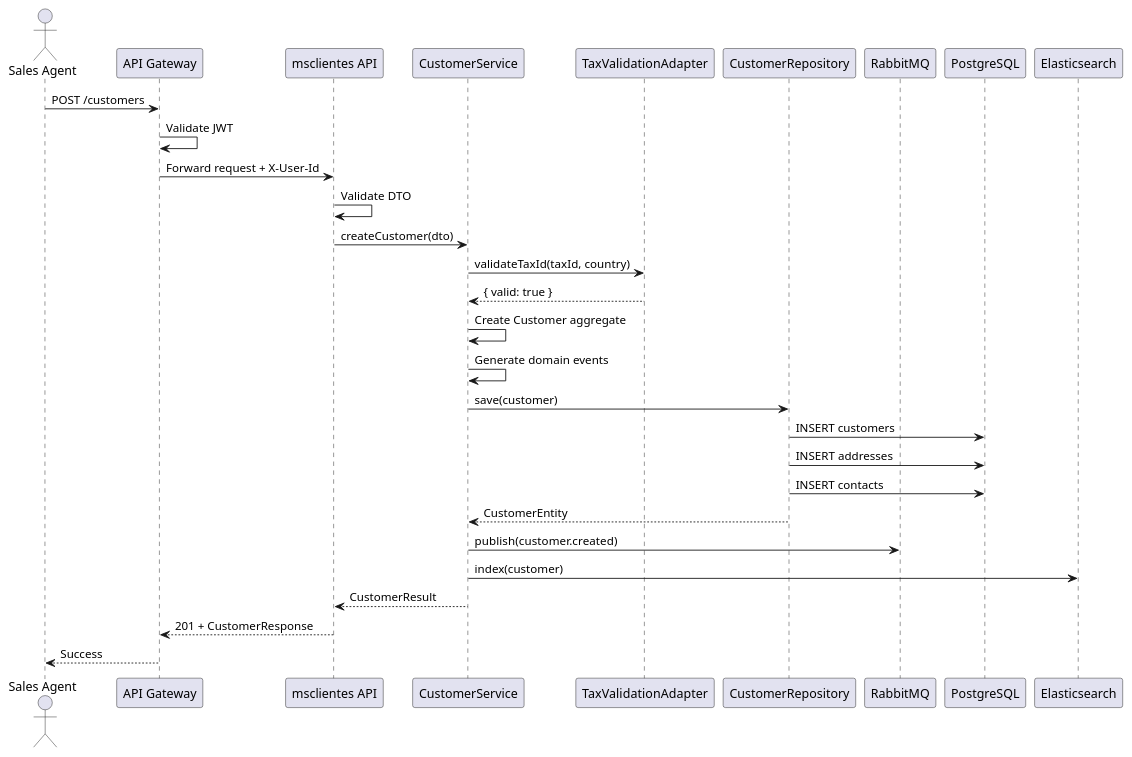
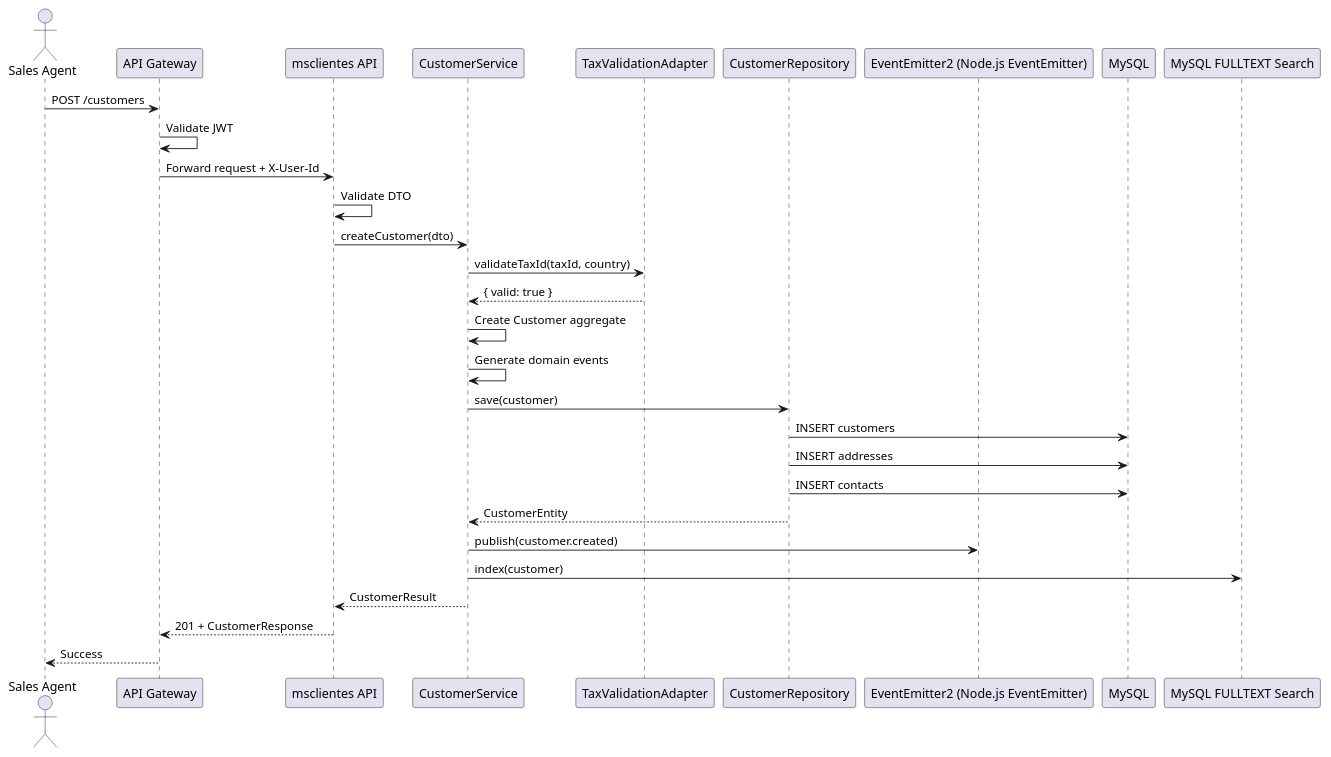
Before and after one commit to eugarte/msclientes: the seventh of 7 diagrams in docs/PROPUESTA_IMPLEMENTACION.md, drawn with PlantUML. The commit also changed other lines of this file, not shown here.

Commit message:
docs: actualizar stack a MySQL + componentes Node.js nativos

````diff
--- a/docs/PROPUESTA_IMPLEMENTACION.md
+++ b/docs/PROPUESTA_IMPLEMENTACION.md
@@ -866,41 +866,41 @@
 ```plantuml
 @startuml
 
 actor "Sales Agent" as Agent
 participant "API Gateway" as Gateway
 participant "msclientes API" as API
 participant "CustomerService" as Service
 participant "TaxValidationAdapter" as TaxAdapter
 participant "CustomerRepository" as Repo
-participant "RabbitMQ" as MQ
-participant "PostgreSQL" as DB
-participant "Elasticsearch" as ES
+participant "EventEmitter2 (Node.js EventEmitter)" as MQ
+participant "MySQL" as DB
+participant "MySQL FULLTEXT Search" as ES
 
 Agent -> Gateway: POST /customers
 Gateway -> Gateway: Validate JWT
 Gateway -> API: Forward request + X-User-Id
 
 API -> API: Validate DTO
 API -> Service: createCustomer(dto)
 
 Service -> TaxAdapter: validateTaxId(taxId, country)
 TaxAdapter --> Service: { valid: true }
 
 Service -> Service: Create Customer aggregate
 Service -> Service: Generate domain events
 
 Service -> Repo: save(customer)
 Repo -> DB: INSERT customers
 Repo -> DB: INSERT addresses
 Repo -> DB: INSERT contacts
 Repo --> Service: CustomerEntity
 
 Service -> MQ: publish(customer.created)
 Service -> ES: index(customer)
 
 Service --> API: CustomerResult
 API --> Gateway: 201 + CustomerResponse
 Gateway --> Agent: Success
 
 @enduml
 ```
````
